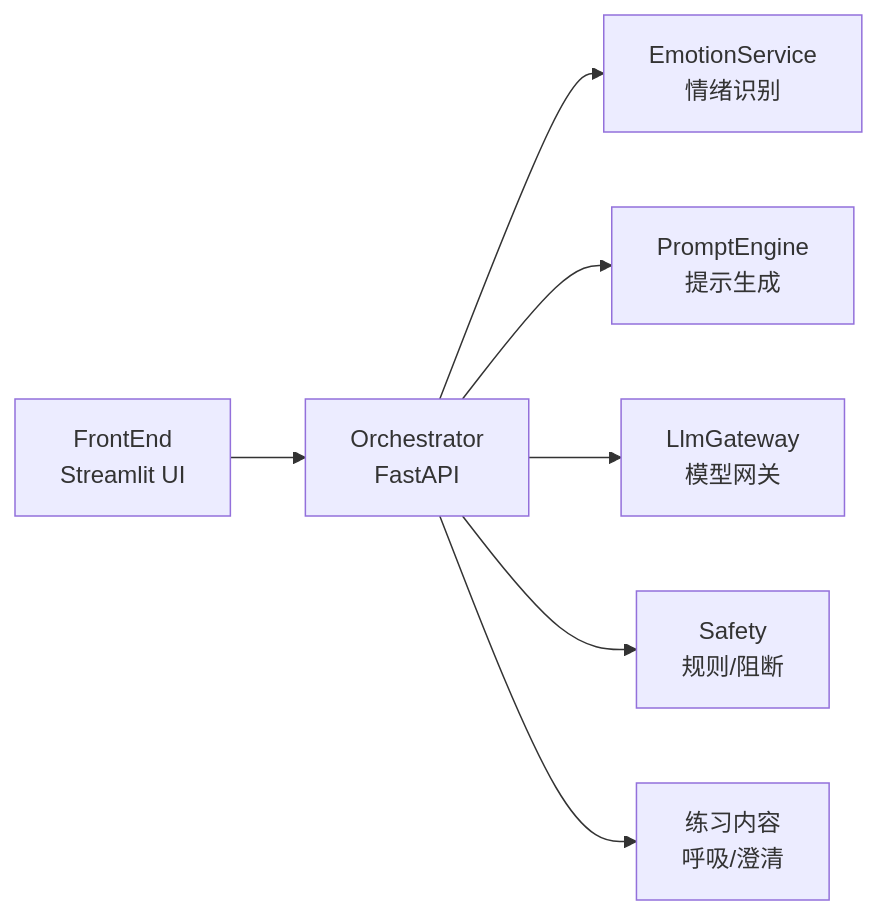
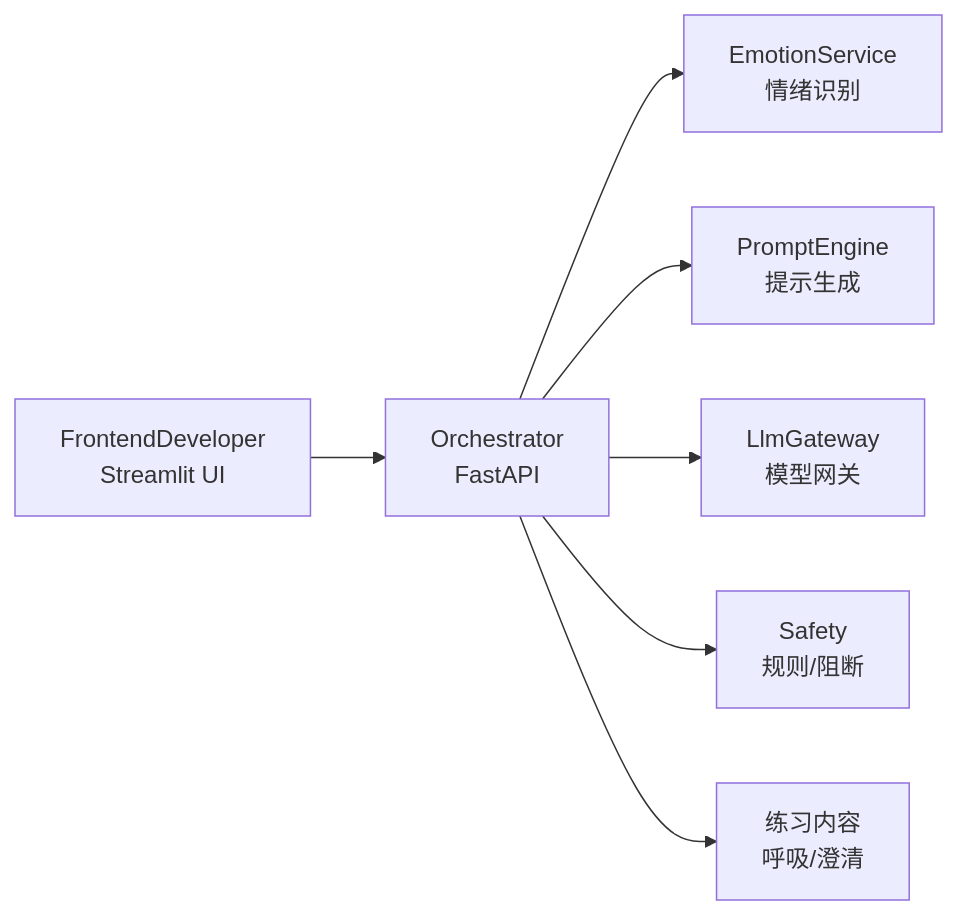
The first of 2 diagrams in README.md (RabbitEG/MindfulMentor), drawn with Mermaid before and after one commit. The commit also changed other lines of this file and 14 other files, not shown here.

````diff
--- a/README.md
+++ b/README.md
@@ -46,9 +46,9 @@
 ```mermaid
 flowchart LR
-  FE["FrontEnd<br/>Streamlit UI"] --> ORC["Orchestrator<br/>FastAPI"]
+  FE["FrontendDeveloper<br/>Streamlit UI"] --> ORC["Orchestrator<br/>FastAPI"]
   ORC --> EMO["EmotionService<br/>情绪识别"]
   ORC --> PROMPT["PromptEngine<br/>提示生成"]
   ORC --> LLM["LlmGateway<br/>模型网关"]
   ORC --> SAFE["Safety<br/>规则/阻断"]
   ORC --> EX["练习内容<br/>呼吸/澄清"]
 ```
````
